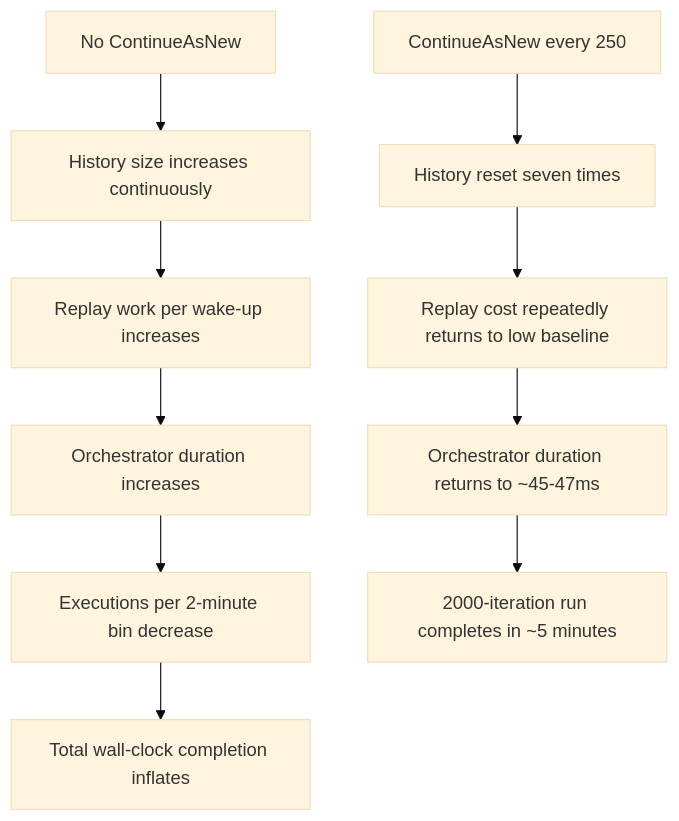
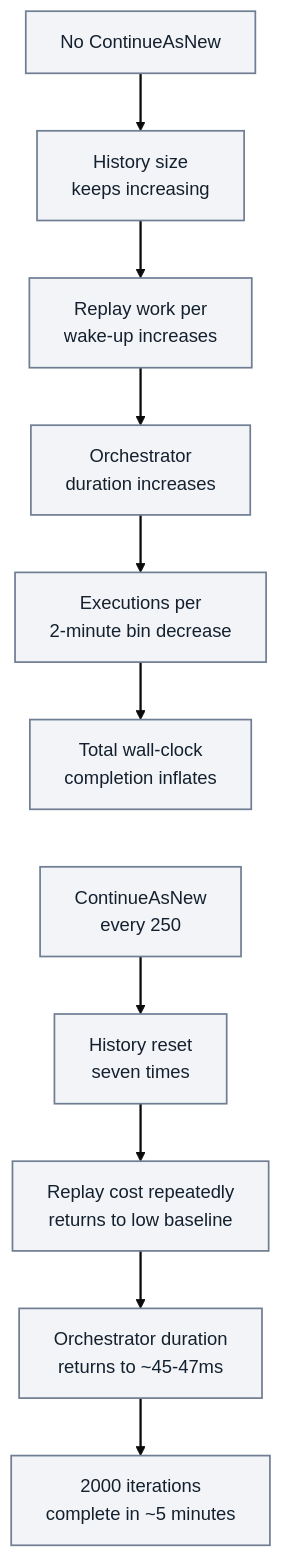
The fourth of 6 diagrams in docs/troubleshooting/lab-guides/durable-replay-storm.md (yeongseon/azure-functions-practical-guide), drawn with Mermaid (base theme) before and after one commit. The commit also changed other lines of this file and 1 other file, not shown here.

First line of the commit message:
docs(diagrams): migrate Functions lab messaging and triggers — durable replay storm (#433)

````diff
--- a/docs/troubleshooting/lab-guides/durable-replay-storm.md
+++ b/docs/troubleshooting/lab-guides/durable-replay-storm.md
@@ -251,12 +294,19 @@
 ```mermaid
 flowchart TD
-    A[No ContinueAsNew] --> B[History size increases continuously]
-    B --> C[Replay work per wake-up increases]
-    C --> D[Orchestrator duration increases]
-    D --> E[Executions per 2-minute bin decrease]
-    E --> F[Total wall-clock completion inflates]
-    G[ContinueAsNew every 250] --> H[History reset seven times]
-    H --> I[Replay cost repeatedly returns to low baseline]
-    I --> J[Orchestrator duration returns to ~45-47ms]
-    J --> K[2000-iteration run completes in ~5 minutes]
+    accTitle: Recorded lab causal interpretation
+    accDescr: Two chains retain the lab's no-reset slowdown interpretation and every-250 reset interpretation, including seven resets, about 45 to 47 milliseconds and about five minutes for 2000 iterations. These summarize the existing record without independently validating it.
+    A["No ContinueAsNew"] --> B["History size<br/>keeps increasing"]
+    B --> C["Replay work per<br/>wake-up increases"]
+    C --> D["Orchestrator<br/>duration increases"]
+    D --> E["Executions per<br/>2-minute bin decrease"]
+    E --> F["Total wall-clock<br/>completion inflates"]
+    G["ContinueAsNew<br/>every 250"] --> H["History reset<br/>seven times"]
+    H --> I["Replay cost repeatedly<br/>returns to low baseline"]
+    I --> J["Orchestrator duration<br/>returns to ~45-47ms"]
+    J --> K["2000 iterations<br/>complete in ~5 minutes"]
+    %% Layout-only link tiers the contrast; it adds no causal step or arrow.
+    F ~~~ G
+    classDef baseNeutral fill:#f2f4f8,stroke:#707e93,stroke-width:1.5px,color:#14202e;
+    class A,B,C,D,E,F,G,H,I,J,K baseNeutral;
+    linkStyle default stroke-width:2px;
 ```
````
